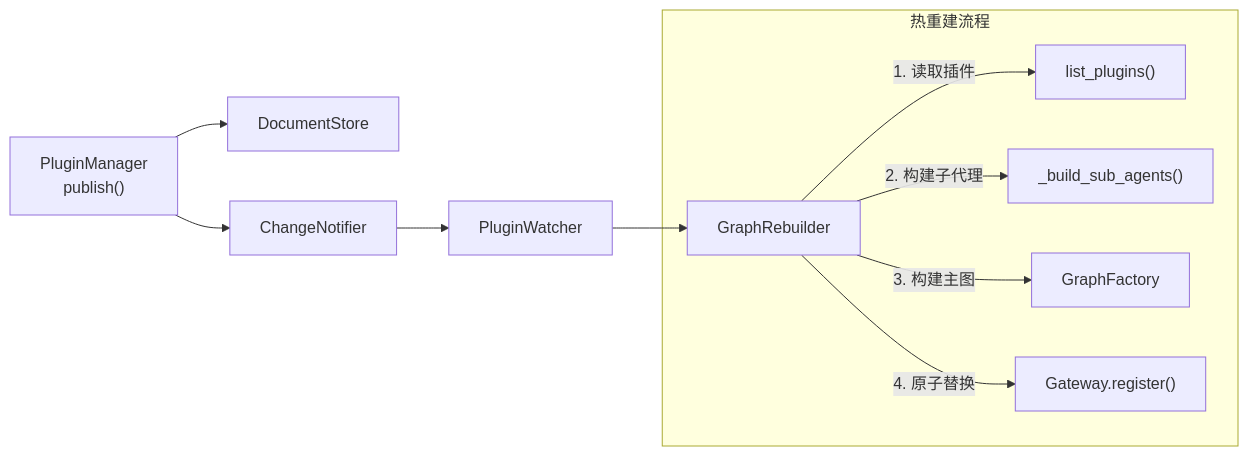
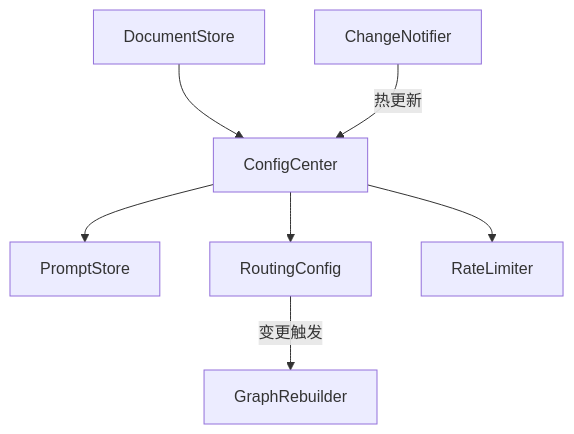
The ninth of 12 diagrams in README.md (heelynn/artipivot), drawn with Mermaid before and after one commit. The commit also changed other lines of this file and 3 other files, not shown here.

````diff
--- a/README.md
+++ b/README.md
@@ -249,15 +300,11 @@
 ```mermaid
-flowchart LR
-    PM["PluginManager<br/>publish()"] --> DS["DocumentStore"]
-    PM --> CN["ChangeNotifier"]
+flowchart TD
+    DS["DocumentStore"] --> CC["ConfigCenter"]
+    CN["ChangeNotifier"] -->|"热更新"| CC
 
-    CN --> PW["PluginWatcher"]
-    PW --> GR["GraphRebuilder"]
+    CC --> Prompts["PromptStore"]
+    CC --> Routing["RoutingConfig"]
+    CC --> RL["RateLimiter"]
 
-    subgraph Rebuild["热重建流程"]
-        GR -->|"1. 读取插件"| List["list_plugins()"]
-        GR -->|"2. 构建子代理"| Subs["_build_sub_agents()"]
-        GR -->|"3. 构建主图"| Factory["GraphFactory"]
-        GR -->|"4. 原子替换"| GW["Gateway.register()"]
-    end
+    Routing -->|"变更触发"| Rebuilder["GraphRebuilder"]
 ```
````
